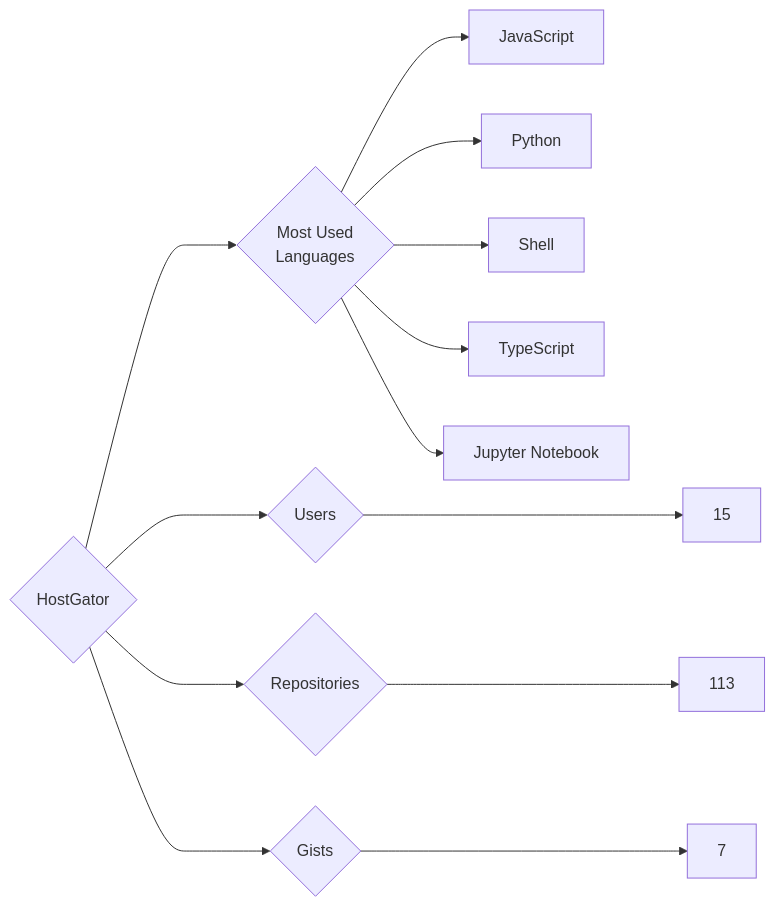
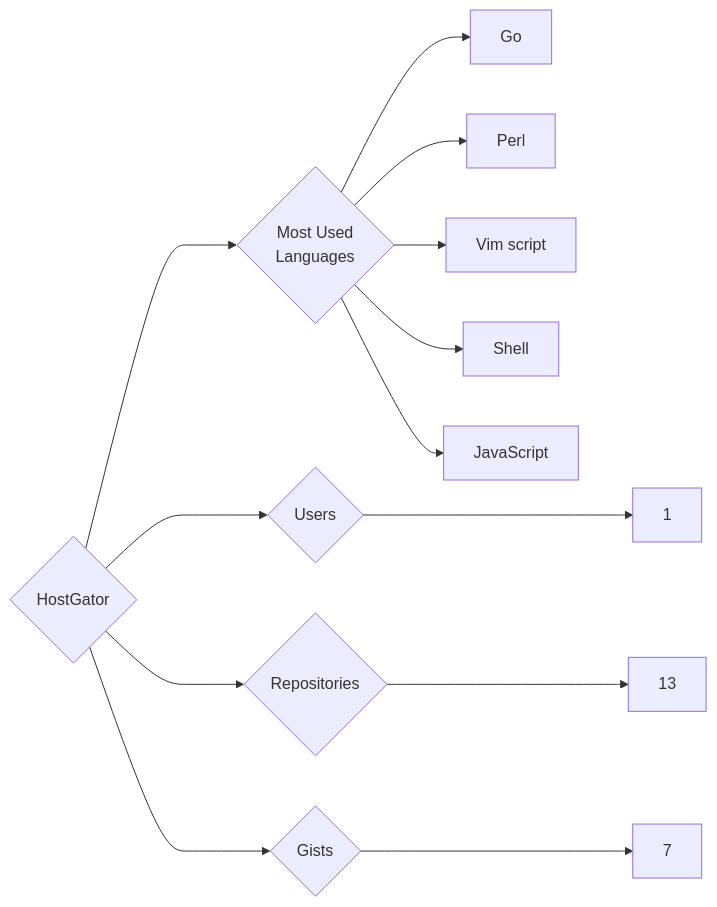
Before and after one commit to trickest/insiders: the diagram in targets/HostGator/README.md, drawn with Mermaid. The commit also changed 845 other files, not shown here.

````diff
--- a/targets/HostGator/README.md
+++ b/targets/HostGator/README.md
@@ -3,13 +3,13 @@
 ```mermaid
 graph LR
 COMPANY_NAME{HostGator}
-COMPANY_NAME ---> U{Users} ---> UN[15]
-COMPANY_NAME ---> R{Repositories} ---> RN[113]
+COMPANY_NAME ---> U{Users} ---> UN[1]
+COMPANY_NAME ---> R{Repositories} ---> RN[13]
 COMPANY_NAME ---> G{Gists} ---> GN[7]
 COMPANY_NAME ---> ML{Most Used<br>Languages}
+ML --> Go[Go]
+ML --> Perl[Perl]
+ML --> Vim_script[Vim script]
+ML --> Shell[Shell]
 ML --> JavaScript[JavaScript]
-ML --> Python[Python]
-ML --> Shell[Shell]
-ML --> TypeScript[TypeScript]
-ML --> Jupyter_Notebook[Jupyter Notebook]
 ```
````
